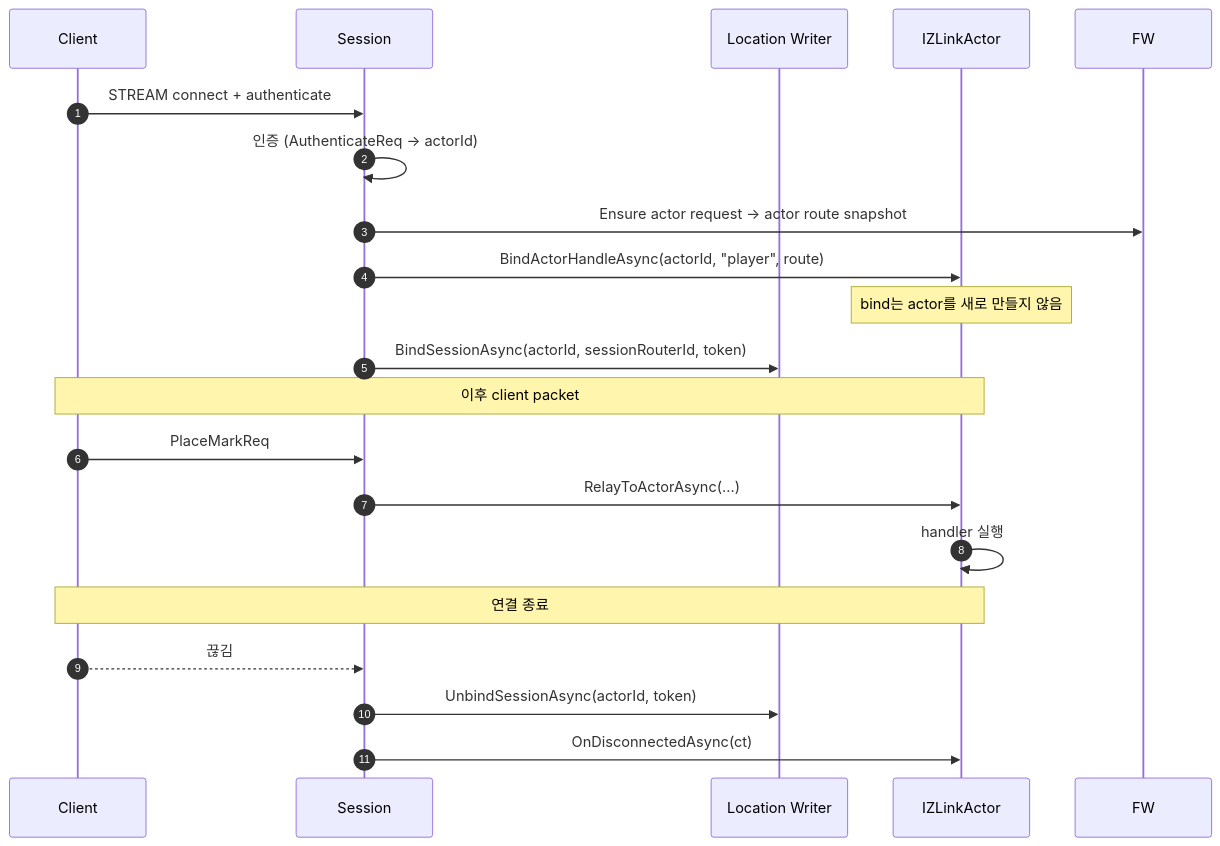
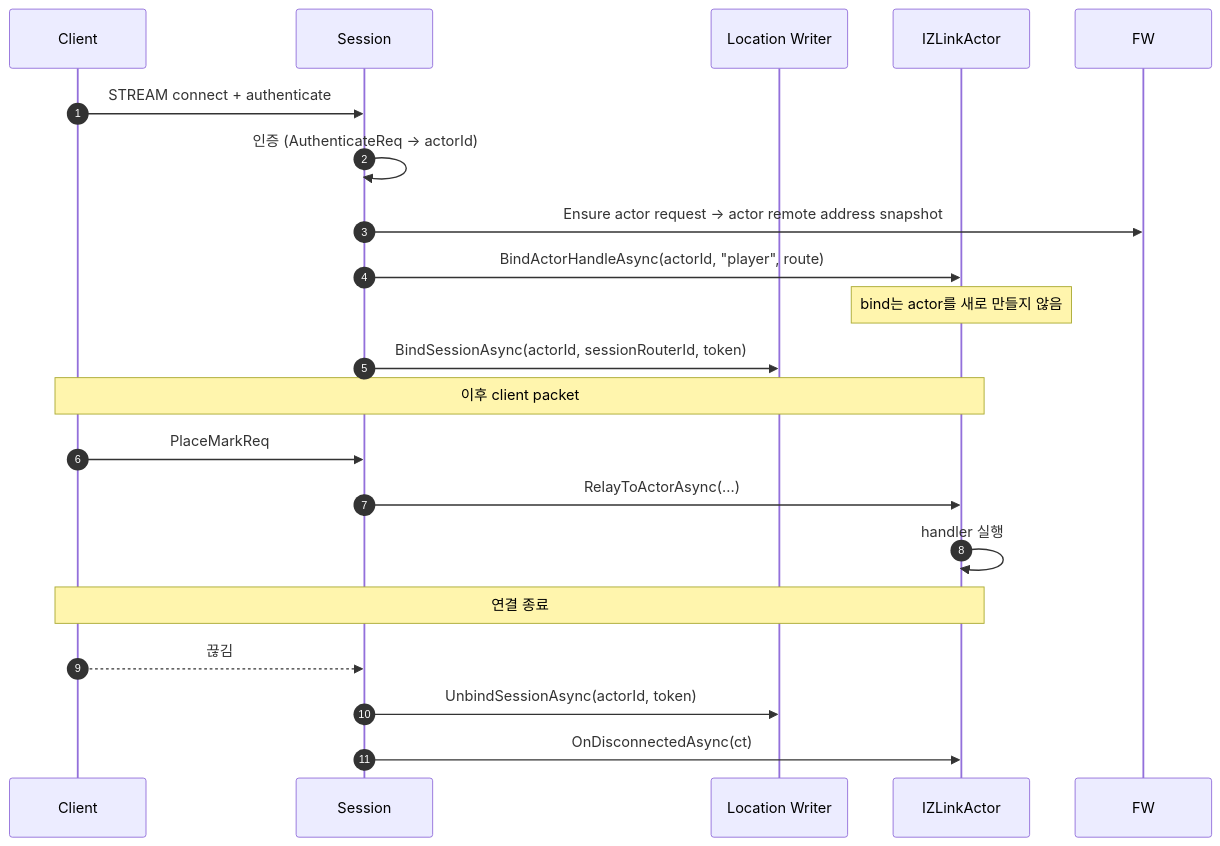
One commit to kairos-code-dev/zlink changed the second of 3 diagrams in framework/languages/dotnet/doc/spec/aspnet-core-actor.ko.md. Above: the diagram before and after it, drawn with Mermaid. The commit also changed other lines of this file and 180 other files, not shown here.

````diff
--- a/framework/languages/dotnet/doc/spec/aspnet-core-actor.ko.md
+++ b/framework/languages/dotnet/doc/spec/aspnet-core-actor.ko.md
@@ -797,25 +799,25 @@
 ```mermaid
 sequenceDiagram
     autonumber
     participant C as Client
     participant S as Session
     participant Loc as Location Writer
     participant Act as IZLinkActor
 
     C->>S: STREAM connect + authenticate
     S->>S: 인증 (AuthenticateReq → actorId)
-    S->>FW: Ensure actor request -> actor route snapshot
+    S->>FW: Ensure actor request -> actor remote address snapshot
     S->>Act: BindActorHandleAsync(actorId, "player", route)
     Note over Act: bind는 actor를 새로 만들지 않음
     S->>Loc: BindSessionAsync(actorId, sessionRouterId, token)
 
     Note over C,Act: 이후 client packet
     C->>S: PlaceMarkReq
     S->>Act: RelayToActorAsync(...)
     Act->>Act: handler 실행
 
     Note over C,Act: 연결 종료
     C-->>S: 끊김
     S->>Loc: UnbindSessionAsync(actorId, token)
     S->>Act: OnDisconnectedAsync(ct)
 ```
````
